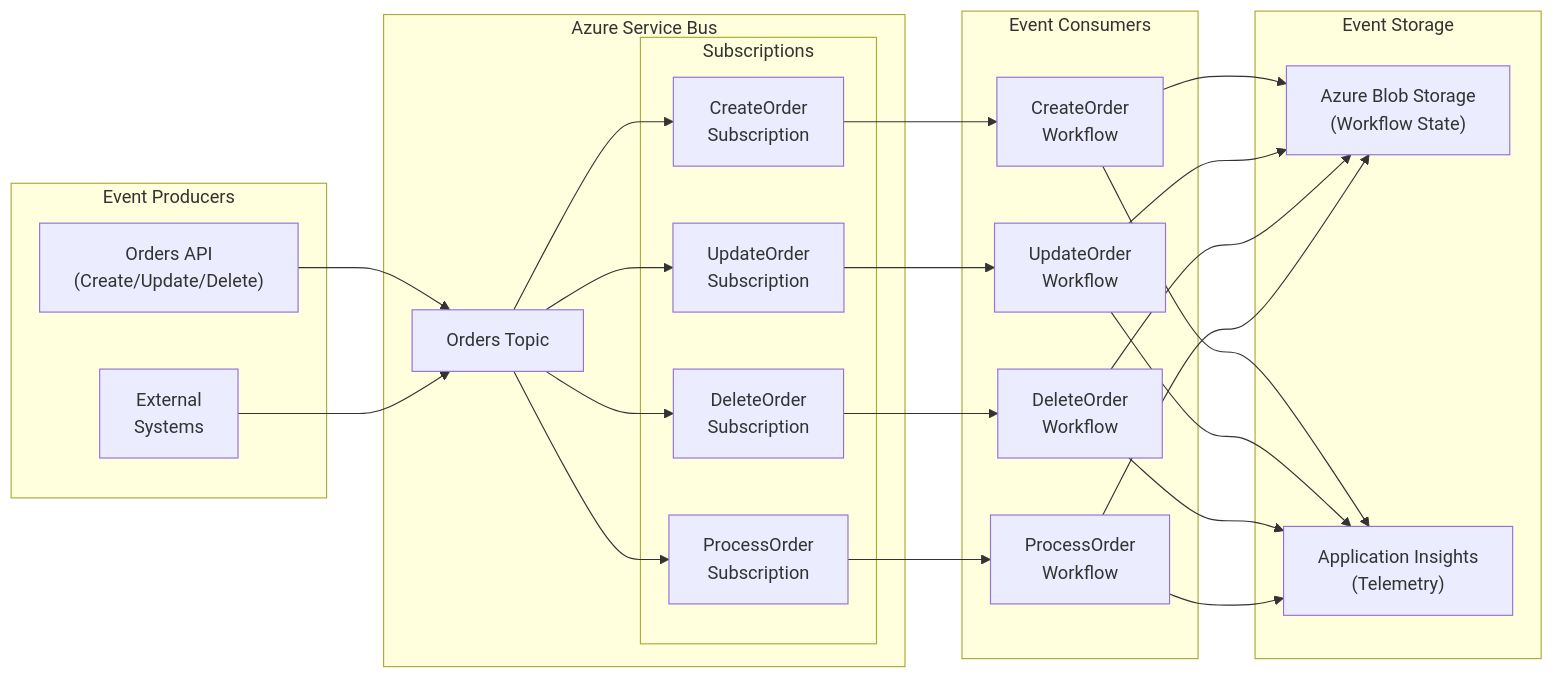
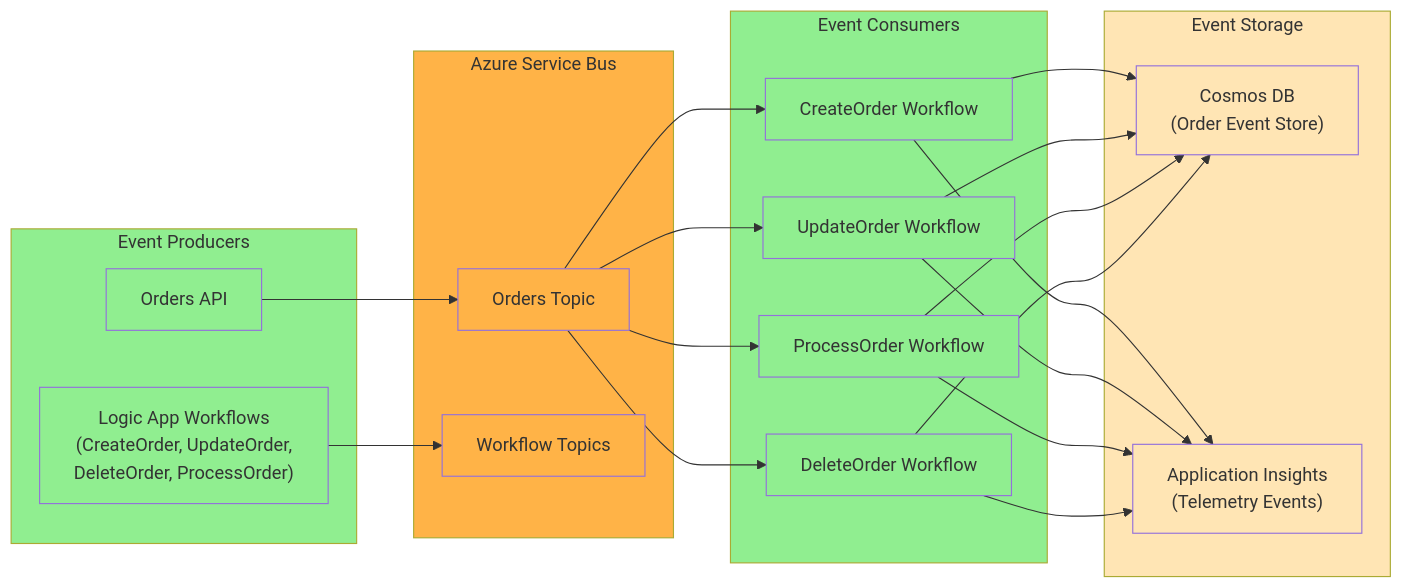
Before and after one commit to Evilazaro/Azure-LogicApps-Monitoring: the fourth of 12 diagrams in README.md, drawn with Mermaid. The commit also changed other lines of this file, not shown here.

Commit message:
refactor: update flowcharts in README.md for improved clarity and consistency

````diff
--- a/README.md
+++ b/README.md
@@ -291,52 +322,57 @@
 ```mermaid
 flowchart LR
     subgraph Producers["Event Producers"]
-        OrderAPI["Orders API<br/>(Create/Update/Delete)"]
-        ExternalSystems["External<br/>Systems"]
+        OrdersAPI["Orders API"]
+        Workflows["Logic App Workflows<br/>(CreateOrder, UpdateOrder,<br/>DeleteOrder, ProcessOrder)"]
     end
     
     subgraph EventBus["Azure Service Bus"]
         OrdersTopic["Orders Topic"]
-        subgraph Subscriptions["Subscriptions"]
-            CreateSub["CreateOrder<br/>Subscription"]
-            UpdateSub["UpdateOrder<br/>Subscription"]
-            DeleteSub["DeleteOrder<br/>Subscription"]
-            ProcessSub["ProcessOrder<br/>Subscription"]
-        end
+        WorkflowTopics["Workflow Topics"]
     end
     
     subgraph Consumers["Event Consumers"]
-        CreateWorkflow["CreateOrder<br/>Workflow"]
-        UpdateWorkflow["UpdateOrder<br/>Workflow"]
-        DeleteWorkflow["DeleteOrder<br/>Workflow"]
-        ProcessWorkflow["ProcessOrder<br/>Workflow"]
+        CreateOrderWorkflow["CreateOrder Workflow"]
+        UpdateOrderWorkflow["UpdateOrder Workflow"]
+        ProcessOrderWorkflow["ProcessOrder Workflow"]
+        DeleteOrderWorkflow["DeleteOrder Workflow"]
     end
     
     subgraph Storage["Event Storage"]
-        BlobStorage["Azure Blob Storage<br/>(Workflow State)"]
-        AppInsights["Application Insights<br/>(Telemetry)"]
+        CosmosDB["Cosmos DB<br/>(Order Event Store)"]
+        AppInsights["Application Insights<br/>(Telemetry Events)"]
     end
     
-    OrderAPI --> OrdersTopic
-    ExternalSystems --> OrdersTopic
+    OrdersAPI --> OrdersTopic
+    Workflows --> WorkflowTopics
     
-    OrdersTopic --> CreateSub
-    OrdersTopic --> UpdateSub
-    OrdersTopic --> DeleteSub
-    OrdersTopic --> ProcessSub
+    OrdersTopic --> CreateOrderWorkflow
+    OrdersTopic --> UpdateOrderWorkflow
+    OrdersTopic --> ProcessOrderWorkflow
+    OrdersTopic --> DeleteOrderWorkflow
     
-    CreateSub --> CreateWorkflow
-    UpdateSub --> UpdateWorkflow
-    DeleteSub --> DeleteWorkflow
-    ProcessSub --> ProcessWorkflow
+    CreateOrderWorkflow --> CosmosDB
+    UpdateOrderWorkflow --> CosmosDB
+    ProcessOrderWorkflow --> CosmosDB
+    DeleteOrderWorkflow --> CosmosDB
     
-    CreateWorkflow --> BlobStorage
-    UpdateWorkflow --> BlobStorage
-    DeleteWorkflow --> BlobStorage
-    ProcessWorkflow --> BlobStorage
+    CreateOrderWorkflow --> AppInsights
+    UpdateOrderWorkflow --> AppInsights
+    ProcessOrderWorkflow --> AppInsights
+    DeleteOrderWorkflow --> AppInsights
     
-    CreateWorkflow --> AppInsights
-    UpdateWorkflow --> AppInsights
-    DeleteWorkflow --> AppInsights
-    ProcessWorkflow --> AppInsights
+    style Producers fill:#90EE90
+    style EventBus fill:#FFB347
+    style Consumers fill:#90EE90
+    style Storage fill:#FFE5B4
+    style OrdersAPI fill:#90EE90
+    style Workflows fill:#90EE90
+    style OrdersTopic fill:#FFB347
+    style WorkflowTopics fill:#FFB347
+    style CreateOrderWorkflow fill:#90EE90
+    style UpdateOrderWorkflow fill:#90EE90
+    style ProcessOrderWorkflow fill:#90EE90
+    style DeleteOrderWorkflow fill:#90EE90
+    style CosmosDB fill:#FFE5B4
+    style AppInsights fill:#FFE5B4
 ```
````
